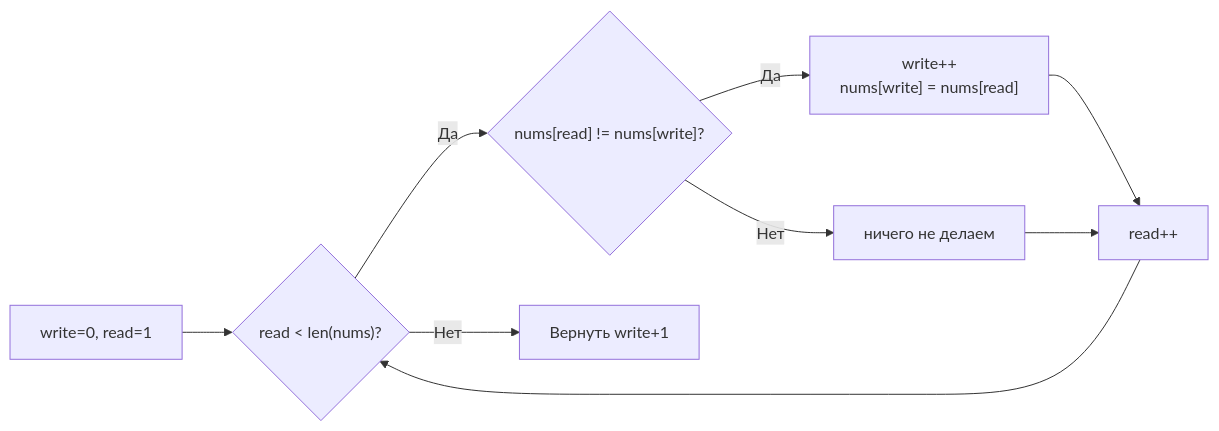
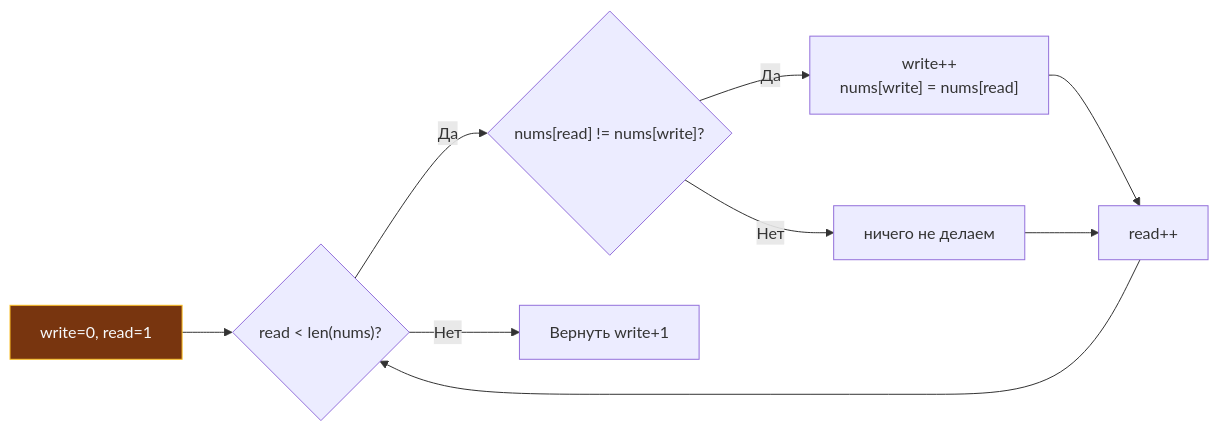
The diagram in sources/21. Задачи с LeetCode и собеседований на Go/02. Задачи/02. Два указателя/5. Remove Duplicates from Sorted Array.md (UnrealTemplier/go-textbook), drawn with Mermaid before and after one commit. The commit also changed 1666 other files, not shown here.

First line of the commit message:
feat(mermaid): add semantic color classDef to 1369 colorless flowchart/graph diagrams

````diff
--- a/sources/21. Задачи с LeetCode и собеседований на Go/02. Задачи/02. Два указателя/5. Remove Duplicates from Sorted Array.md
+++ b/sources/21. Задачи с LeetCode и собеседований на Go/02. Задачи/02. Два указателя/5. Remove Duplicates from Sorted Array.md
@@ -68,11 +68,21 @@
 ```mermaid
 flowchart LR
-    A["write=0, read=1"] --> B{"read < len(nums)?"}
+    classDef process  fill:#1e293b,stroke:#38bdf8,stroke-width:1px,color:#f8fafc
+    classDef success  fill:#064e3b,stroke:#34d399,stroke-width:1px,color:#f8fafc
+    classDef error    fill:#7f1d1d,stroke:#f87171,stroke-width:1px,color:#f8fafc
+    classDef warning  fill:#78350f,stroke:#fbbf24,stroke-width:1px,color:#f8fafc
+    classDef entry    fill:#1e3a5f,stroke:#38bdf8,stroke-width:2px,color:#f8fafc
+    classDef aux      fill:#334155,stroke:#64748b,stroke-width:1px,color:#f8fafc
+    classDef system   fill:#312e81,stroke:#a78bfa,stroke-width:1px,color:#f8fafc
+    classDef data     fill:#132d29,stroke:#2dd4bf,stroke-width:1px,color:#f8fafc
+    classDef network  fill:#881337,stroke:#fb7185,stroke-width:1px,color:#f8fafc
+    classDef accent   fill:#1e1b4b,stroke:#818cf8,stroke-width:1px,color:#f8fafc
+    A["write=0, read=1"]:::warning --> B{"read < len(nums)?"}
     B -->|"Да"| C{"nums[read] != nums[write]?"}
     C -->|"Да"| D["write++<br>nums[write] = nums[read]"]
     C -->|"Нет"| E["ничего не делаем"]
     D --> F["read++"]
     E --> F
     F --> B
     B -->|"Нет"| G["Вернуть write+1"]
 ```
````
